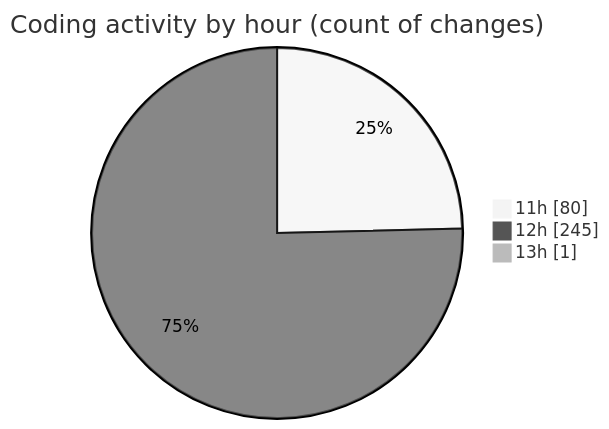
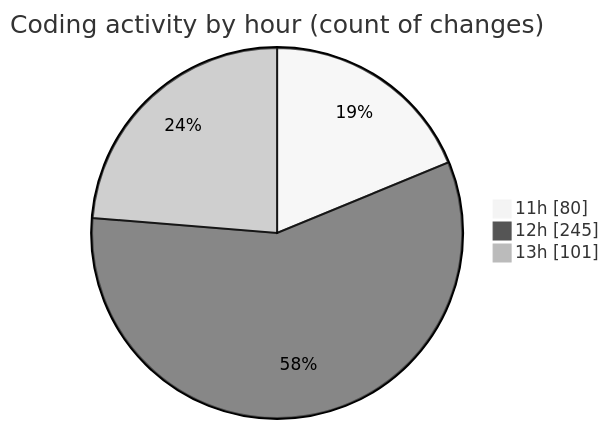
One commit to nxtqubesakshisongat/code-tracking changed the second of 2 diagrams in 2025-04-19/nxtqube_webapp/README.md. Above: the diagram before and after it, drawn with Mermaid (neutral theme). The commit also changed other lines of this file and 1 other file, not shown here.

````diff
--- a/2025-04-19/nxtqube_webapp/README.md
+++ b/2025-04-19/nxtqube_webapp/README.md
@@ -40,7 +42,7 @@
 ```mermaid
 pie showData
 title Coding activity by hour (count of changes)
 "11h" : 80
 "12h" : 245
-"13h" : 1
+"13h" : 101
 ```
````
